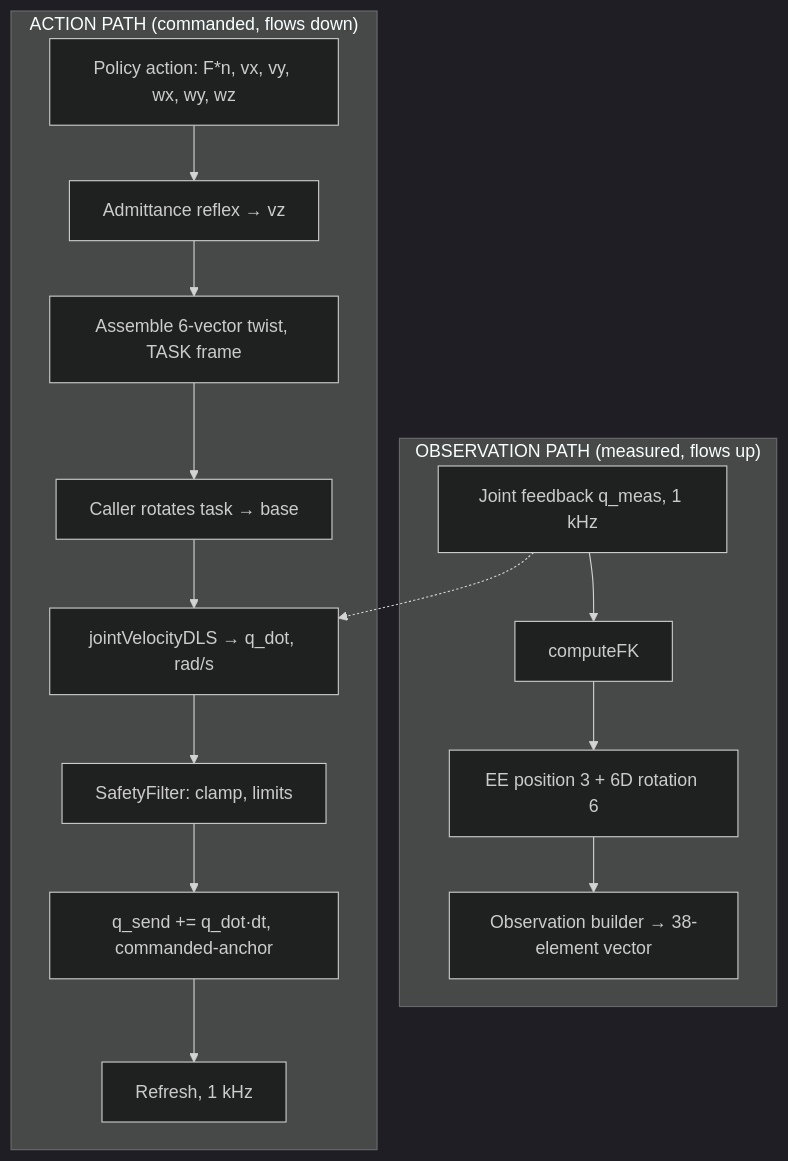
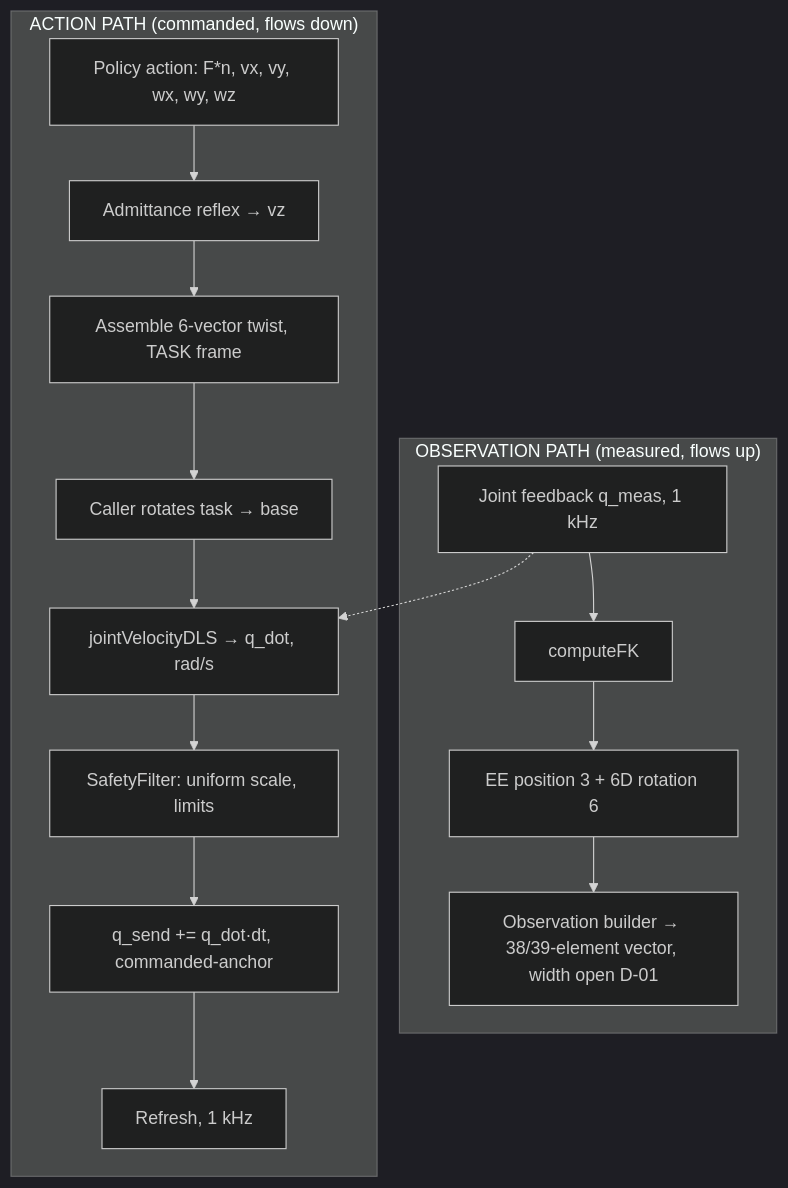
The diagram in design.md (Sahilnarola-1007/kinova-kinematics), drawn with Mermaid (dark theme) before and after one commit. The commit also changed other lines of this file and 7 other files, not shown here.

````diff
--- a/design.md
+++ b/design.md
@@ -18,20 +21,20 @@
 ```mermaid
 flowchart TD
     subgraph OBS["OBSERVATION PATH (measured, flows up)"]
         A[Joint feedback q_meas, 1 kHz] --> B[computeFK]
         B --> C[EE position 3 + 6D rotation 6]
-        C --> D[Observation builder → 38-element vector]
+        C --> D[Observation builder → 38/39-element vector, width open D-01]
     end
 
     subgraph ACT["ACTION PATH (commanded, flows down)"]
         E[Policy action: F*n, vx, vy, wx, wy, wz] --> F[Admittance reflex → vz]
         F --> G[Assemble 6-vector twist, TASK frame]
         G --> H[Caller rotates task → base]
         H --> I[jointVelocityDLS → q_dot, rad/s]
-        I --> J[SafetyFilter: clamp, limits]
+        I --> J[SafetyFilter: uniform scale, limits]
         J --> K[q_send += q_dot·dt, commanded-anchor]
         K --> L[Refresh, 1 kHz]
     end
 
     A -.-> I
 ```
````
